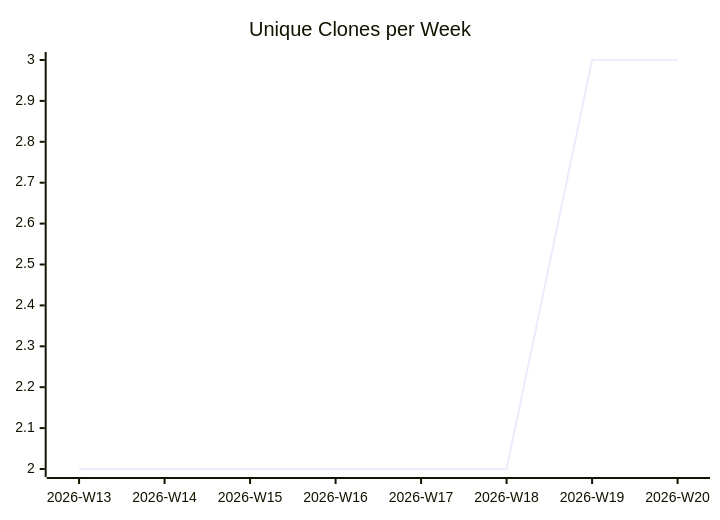
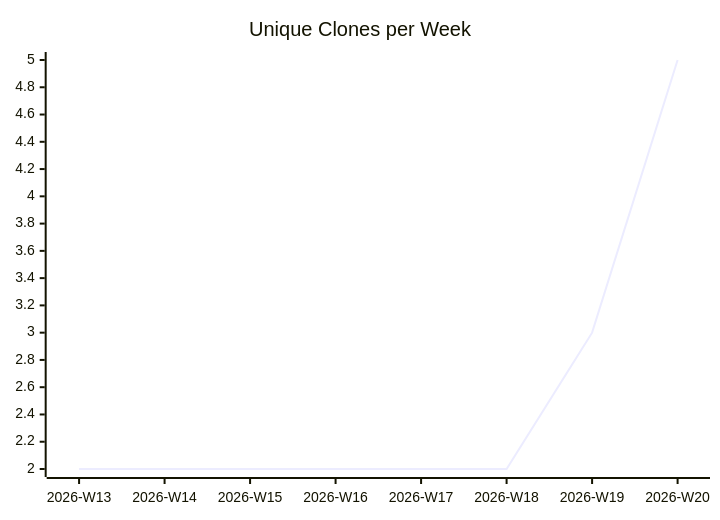
One commit to justdavis-family/github-analytics-data changed the third of 3 diagrams in karlmdavis/rps-tourney/README.md. Above: the diagram before and after it, drawn with Mermaid. The commit also changed other lines of this file and 191 other files, not shown here.

````diff
--- a/karlmdavis/rps-tourney/README.md
+++ b/karlmdavis/rps-tourney/README.md
@@ -19,6 +19,6 @@
 ```mermaid
 xychart-beta
   title "Unique Clones per Week"
   x-axis ["2026-W13", "2026-W14", "2026-W15", "2026-W16", "2026-W17", "2026-W18", "2026-W19", "2026-W20"]
-  line [2, 2, 2, 2, 2, 2, 3, 3]
+  line [2, 2, 2, 2, 2, 2, 3, 5]
 ```
````
